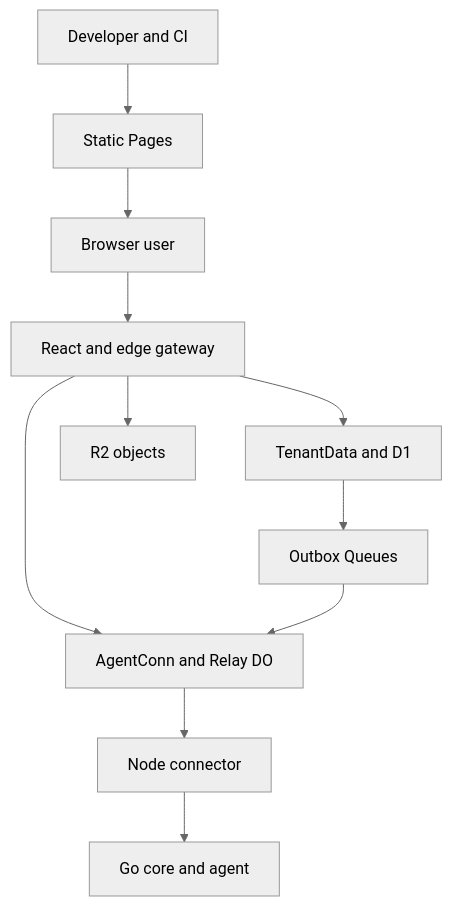
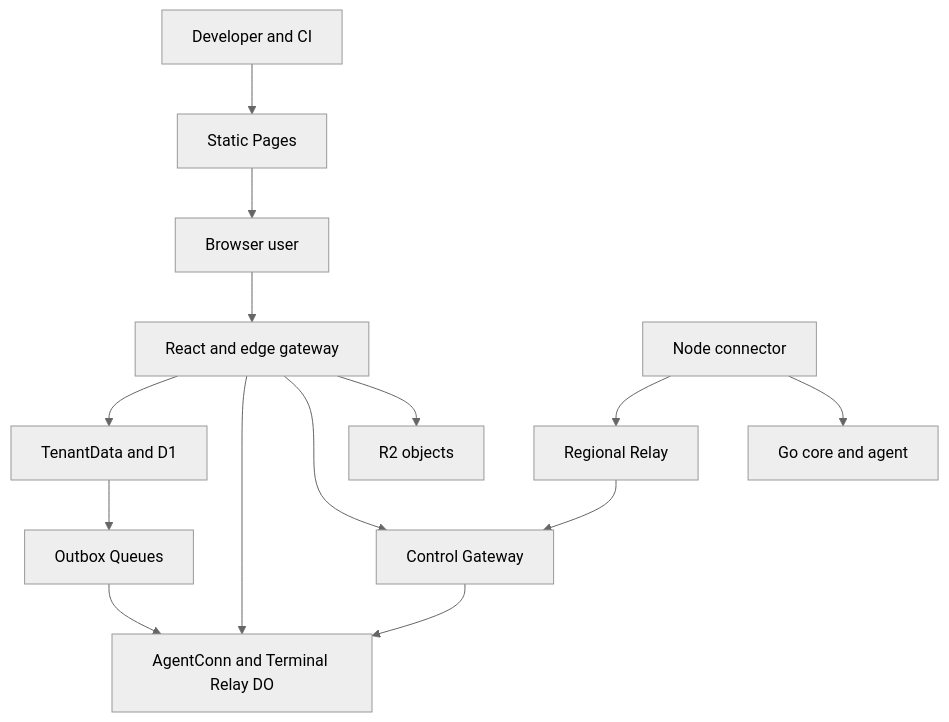
One commit to XCAngelWatch/AngelFleetPRD changed the diagram in docs/angelfleetprd-threat-model.md. Above: the diagram before and after it, drawn with Mermaid (neutral theme). The commit also changed other lines of this file and 11 other files, not shown here.

````diff
--- a/docs/angelfleetprd-threat-model.md
+++ b/docs/angelfleetprd-threat-model.md
@@ -39,13 +40,16 @@
 ```mermaid
 flowchart TD
     User["Browser user"] --> Edge["React and edge gateway"]
     Edge --> Data["TenantData and D1"]
-    Edge --> Relay["AgentConn and Relay DO"]
+    Edge --> ControlDO["AgentConn and Terminal Relay DO"]
     Data --> Queue["Outbox Queues"]
-    Queue --> Relay
-    Relay --> Connector["Node connector"]
+    Queue --> ControlDO
+    Edge --> Gateway["Control Gateway"]
+    Connector["Node connector"] --> RegionalRelay["Regional Relay"]
+    RegionalRelay --> Gateway
+    Gateway --> ControlDO
     Connector --> Go["Go core and agent"]
     Edge --> Objects["R2 objects"]
     Developer["Developer and CI"] --> Pages["Static Pages"]
     Pages --> User
 ```
````
